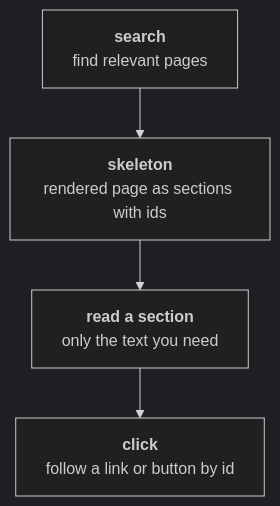
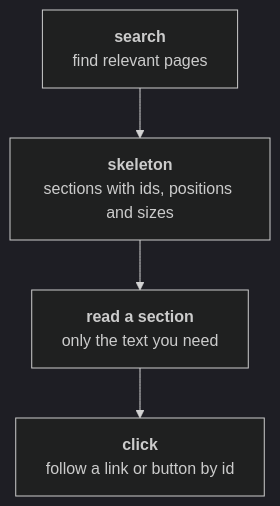
One commit to itamos-technologia/itamos-mcp-tools changed diagram 15 of 16 in docs/PAPER.md. Above: the diagram before and after it, drawn with Mermaid (dark theme). The commit also changed other lines of this file and 1 other file, not shown here.

First line of the commit message:
web_skeleton page: layout and screen sizes

````diff
--- a/docs/PAPER.md
+++ b/docs/PAPER.md
@@ -507,10 +507,10 @@
 ```mermaid
 flowchart TD
   n0["<b>search</b><br/>find relevant pages"]
-  n1["<b>skeleton</b><br/>rendered page as sections with ids"]
+  n1["<b>skeleton</b><br/>sections with ids, positions and sizes"]
   n2["<b>read a section</b><br/>only the text you need"]
   n3["<b>click</b><br/>follow a link or button by id"]
   n0 --> n1
   n1 --> n2
   n2 --> n3
 ```
````
